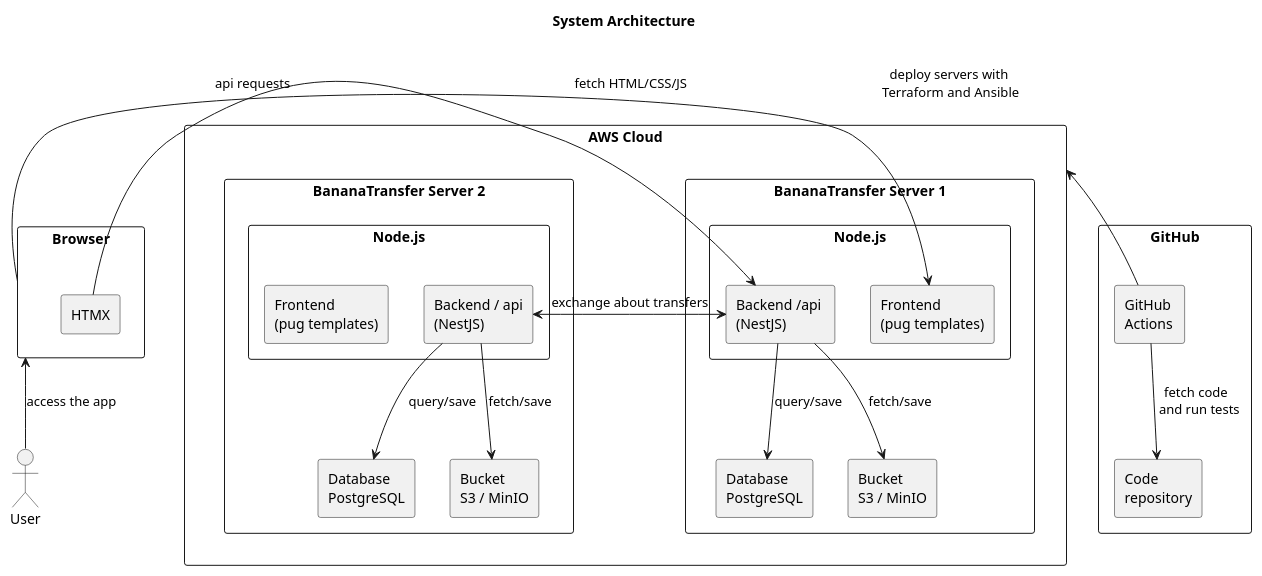
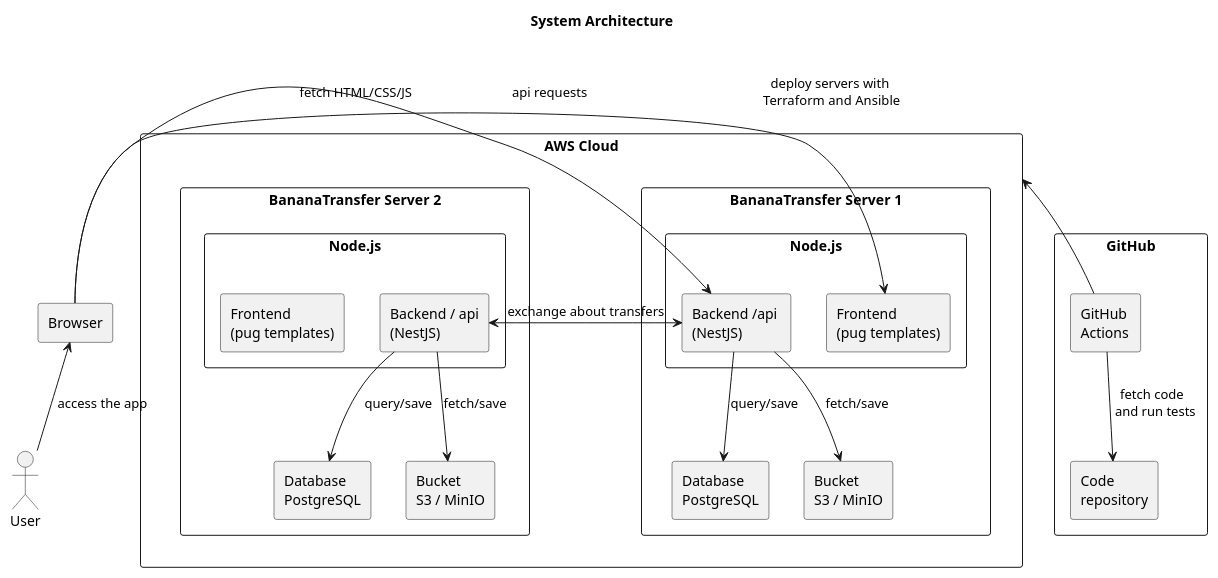
Before and after one commit to BananaTransfer/BananaTransfer: the diagram in documents/umls/architecture.puml, drawn with PlantUML. The commit also changed 2 other files, not shown here.

Commit message:
deleted htmx from architecture since it's not used

```diff
--- a/documents/umls/architecture.puml
+++ b/documents/umls/architecture.puml
@@ -1,49 +1,47 @@
 @startuml
 title System Architecture
 
 actor "User" as user
 
 rectangle "Browser" as browser {
-  rectangle "HTMX" as htmx
 }
 
 rectangle "AWS Cloud" as aws {
     rectangle "BananaTransfer Server 1" as srv {
         rectangle "Node.js" as node {
             rectangle "Frontend \n(pug templates)" as frontend
             rectangle "Backend /api \n(NestJS)" as backend
         }
         rectangle "Database \nPostgreSQL" as db
         rectangle "Bucket \nS3 / MinIO" as s3
     }
 
     rectangle "BananaTransfer Server 2" as srv_2 {
         rectangle "Node.js" as node_2 {
             rectangle "Frontend \n(pug templates)" as frontend_2
             rectangle "Backend / api\n(NestJS)" as backend_2
         }
         rectangle "Database \nPostgreSQL" as db_2
         rectangle "Bucket \nS3 / MinIO" as s3_2
     }
 }
 
 rectangle "GitHub" as github {
     rectangle "Code \nrepository" as repo
     rectangle "GitHub \nActions" as actions
 }
 
 user -up-> browser: "access the app"
 browser -right-> frontend: "fetch HTML/CSS/JS"
-htmx -right-> backend: "api requests"
+browser -right-> backend: "api requests"
 
 backend -down-> db: "query/save"
 backend -down-> s3: "fetch/save"
 
 backend_2 <-> backend: "exchange about transfers"
 backend_2 -down-> db_2: "query/save"
 backend_2 -down-> s3_2: "fetch/save"
 
 actions --> repo: "fetch code \n and run tests"
 actions -left-> aws: "deploy servers with \nTerraform and Ansible"
-
 @enduml
```
